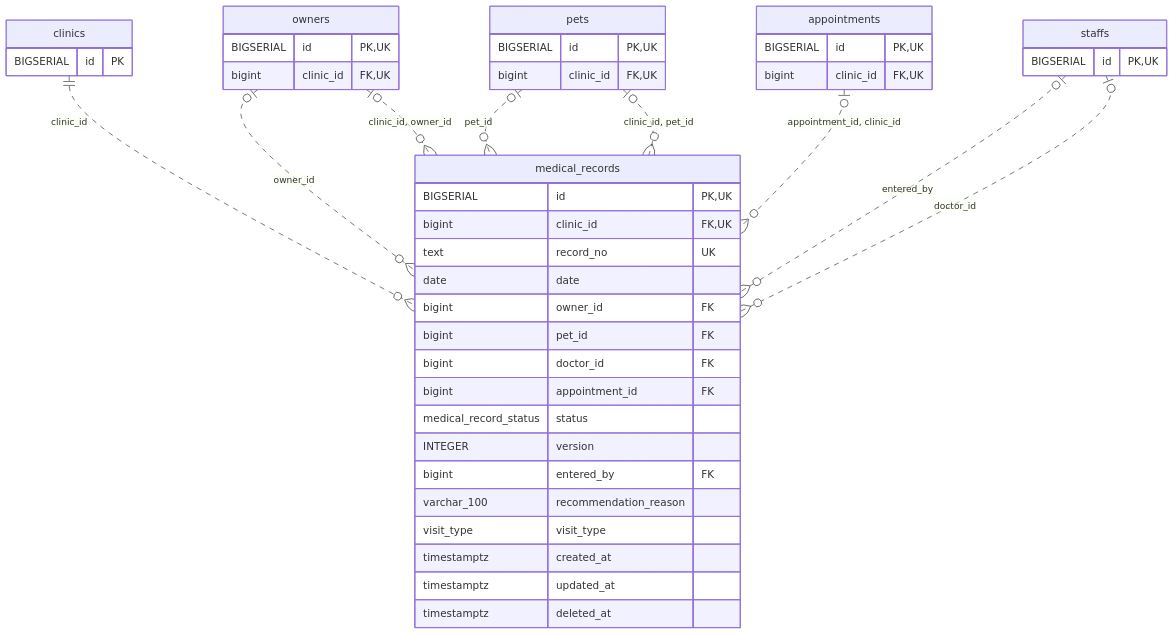
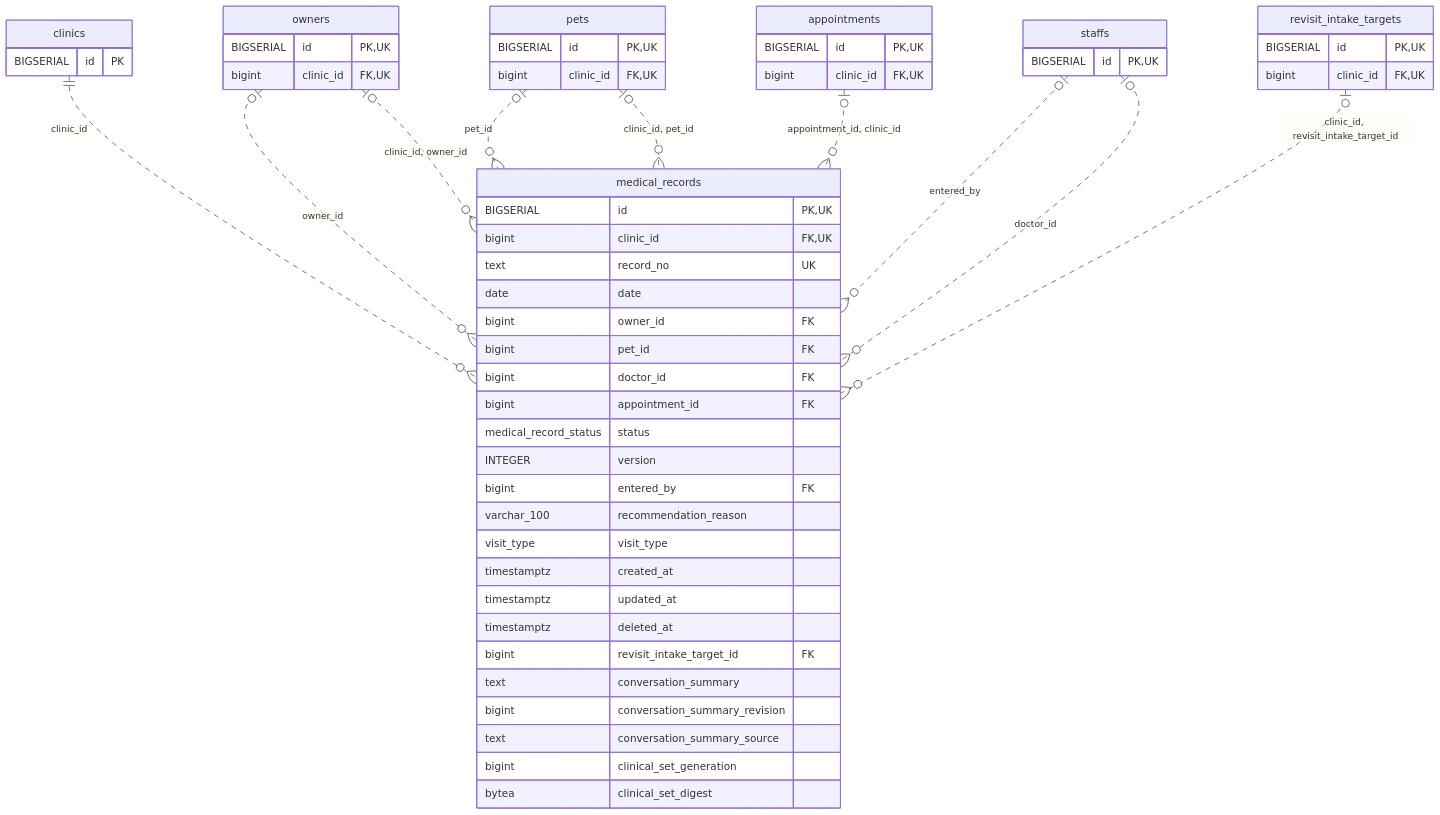
Before and after one commit to MinoruSoga/AnimalEkarte: the diagram in docs/architecture/erd-detail/medical_records.md, drawn with Mermaid. The commit also changed other lines of this file and 51 other files, not shown here.

````diff
--- a/docs/architecture/erd-detail/medical_records.md
+++ b/docs/architecture/erd-detail/medical_records.md
@@ -39,47 +45,58 @@
 ```mermaid
 erDiagram
     medical_records {
         BIGSERIAL id PK,UK
         bigint clinic_id FK,UK
         text record_no UK
         date date
         bigint owner_id FK
         bigint pet_id FK
         bigint doctor_id FK
         bigint appointment_id FK
         medical_record_status status
         INTEGER version
         bigint entered_by FK
         varchar_100 recommendation_reason
         visit_type visit_type
         timestamptz created_at
         timestamptz updated_at
         timestamptz deleted_at
+        bigint revisit_intake_target_id FK
+        text conversation_summary
+        bigint conversation_summary_revision
+        text conversation_summary_source
+        bigint clinical_set_generation
+        bytea clinical_set_digest
     }
     appointments {
         BIGSERIAL id PK,UK
         bigint clinic_id FK,UK
     }
     clinics {
         BIGSERIAL id PK
     }
     owners {
         BIGSERIAL id PK,UK
         bigint clinic_id FK,UK
     }
     pets {
         BIGSERIAL id PK,UK
         bigint clinic_id FK,UK
     }
+    revisit_intake_targets {
+        BIGSERIAL id PK,UK
+        bigint clinic_id FK,UK
+    }
     staffs {
         BIGSERIAL id PK,UK
     }
     clinics ||..o{ medical_records : "clinic_id"
     owners o|..o{ medical_records : "owner_id"
     pets o|..o{ medical_records : "pet_id"
     pets o|..o{ medical_records : "clinic_id, pet_id"
     owners o|..o{ medical_records : "clinic_id, owner_id"
     appointments o|..o{ medical_records : "appointment_id, clinic_id"
     staffs o|..o{ medical_records : "entered_by"
     staffs o|..o{ medical_records : "doctor_id"
+    revisit_intake_targets o|..o{ medical_records : "clinic_id, revisit_intake_target_id"
 ```
````
